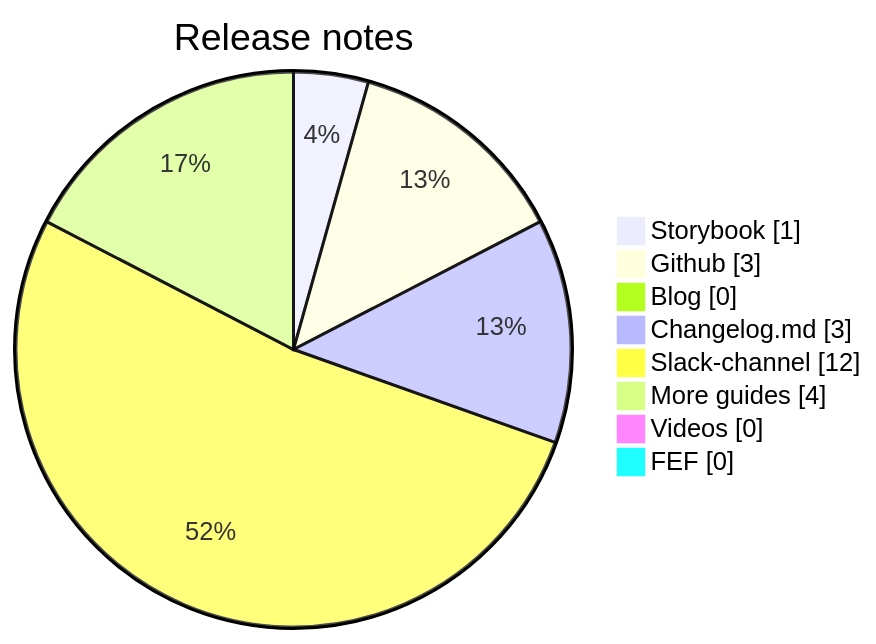
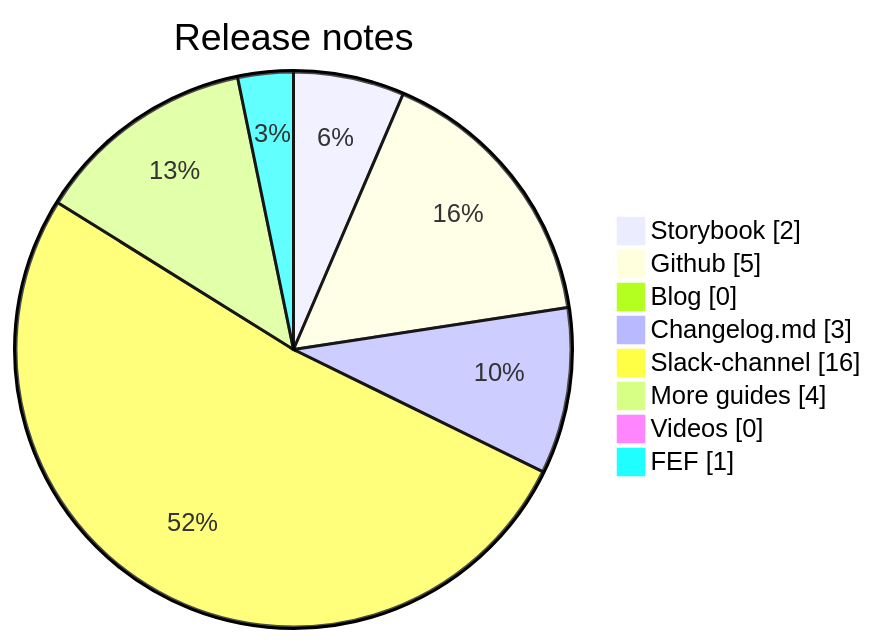
The second of 2 diagrams in slides.md (Bellfalasch/frontend-forum), drawn with Mermaid before and after one commit. The commit also changed other lines of this file, not shown here.

````diff
--- a/slides.md
+++ b/slides.md
@@ -126,11 +142,11 @@
 ```mermaid
 pie showData title Release notes
-    "Storybook" : 1
-    "Github" : 3
+    "Storybook" : 2
+    "Github" : 5
     "Blog" : 0
     "Changelog.md" : 3
-    "Slack-channel" : 12
+    "Slack-channel" : 16
     "More guides" : 4
     "Videos" : 0
-    "FEF" : 0
+    "FEF" : 1
 ```
````
